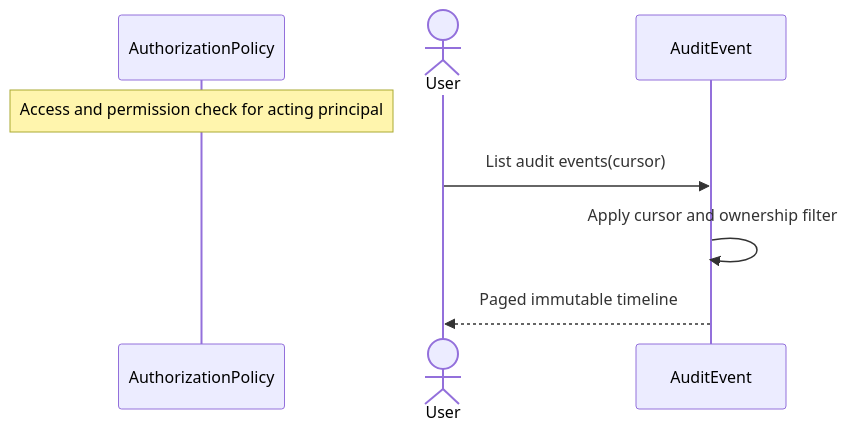
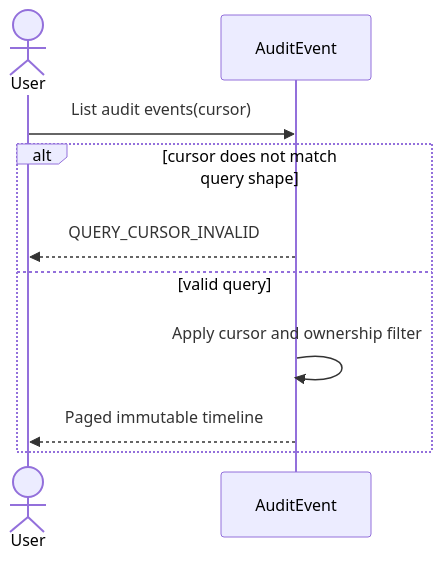
The fourth of 6 diagrams in architecture/sequence-diagrams/06-data-audit-system.md (ChidiRnweke/margin), drawn with Mermaid before and after one commit. The commit also changed other lines of this file and 12 other files, not shown here.

Commit message:
Enhance sequence diagrams and introduce traceability matrix

````diff
--- a/architecture/sequence-diagrams/06-data-audit-system.md
+++ b/architecture/sequence-diagrams/06-data-audit-system.md
@@ -63,10 +84,12 @@
 ```mermaid
 sequenceDiagram
-    participant G as AuthorizationPolicy
-    Note over G: Access and permission check for acting principal
     actor U as User
     participant A as AuditEvent
     U->>A: List audit events(cursor)
-    A->>A: Apply cursor and ownership filter
-    A-->>U: Paged immutable timeline
+    alt cursor does not match query shape
+        A-->>U: QUERY_CURSOR_INVALID
+    else valid query
+        A->>A: Apply cursor and ownership filter
+        A-->>U: Paged immutable timeline
+    end
 ```
````
